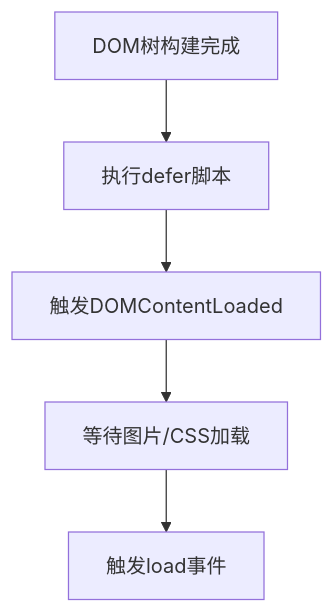
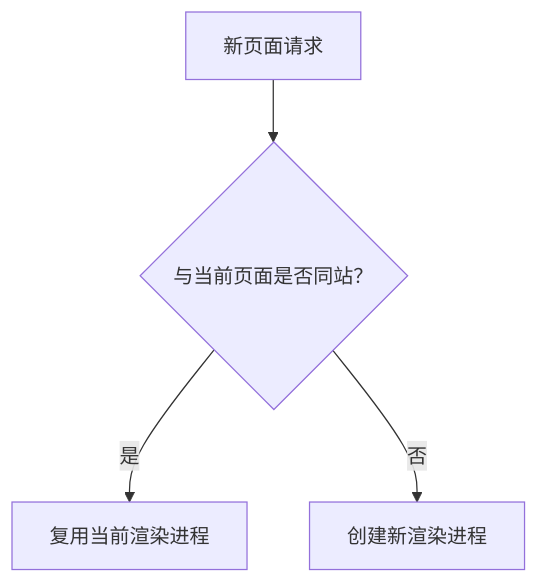
One commit to jianhua1996/vitepress-blog changed the first of 9 diagrams in posts/浏览器渲染原理（一）.md. Above: the diagram before and after it, drawn with Mermaid. The commit also changed other lines of this file, not shown here.

````diff
--- a/posts/浏览器渲染原理（一）.md
+++ b/posts/浏览器渲染原理（一）.md
@@ -145,7 +50,6 @@
-```mermaid
-flowchart TD
-    A[DOM树构建完成] --> B[执行defer脚本]
-    B --> C[触发DOMContentLoaded]
-    C --> D[等待图片/CSS加载]
-    D --> E[触发load事件]
-```
+  ```mermaid
+  flowchart TD
+  A[新页面请求] --> B{与当前页面是否同站？}
+  B -->|是| C[复用当前渲染进程]
+  B -->|否| D[创建新渲染进程]
+  ```
````
